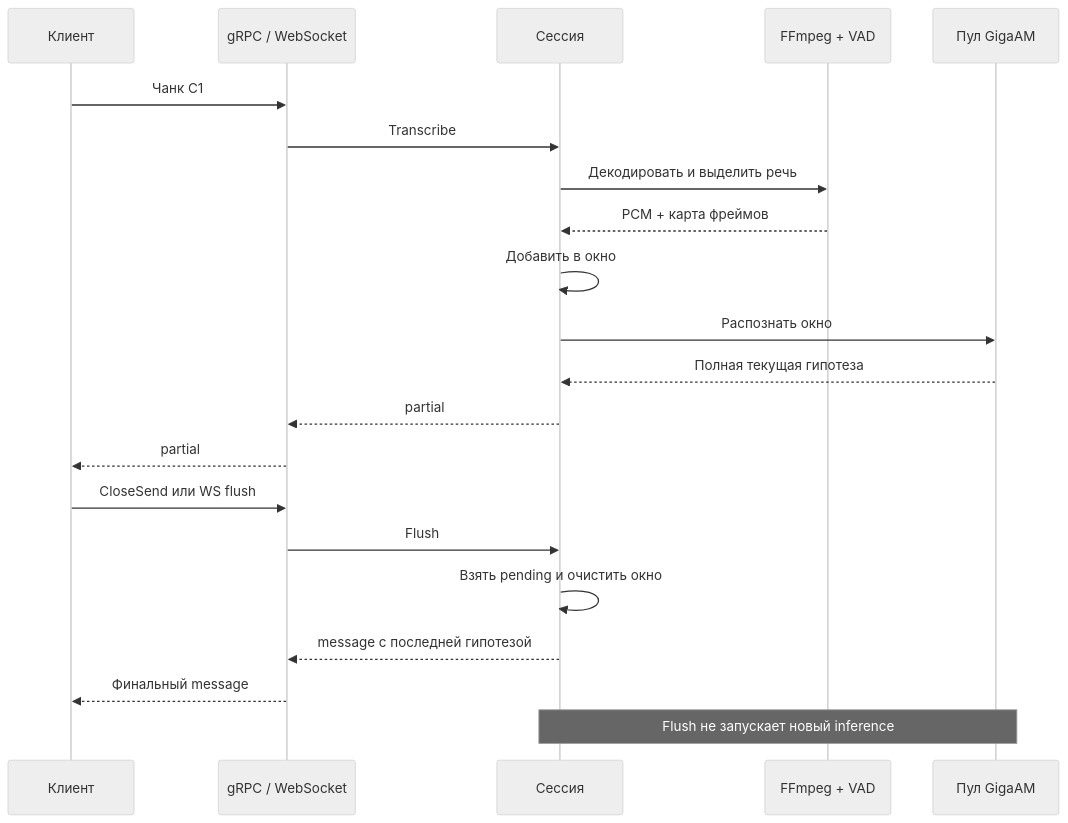
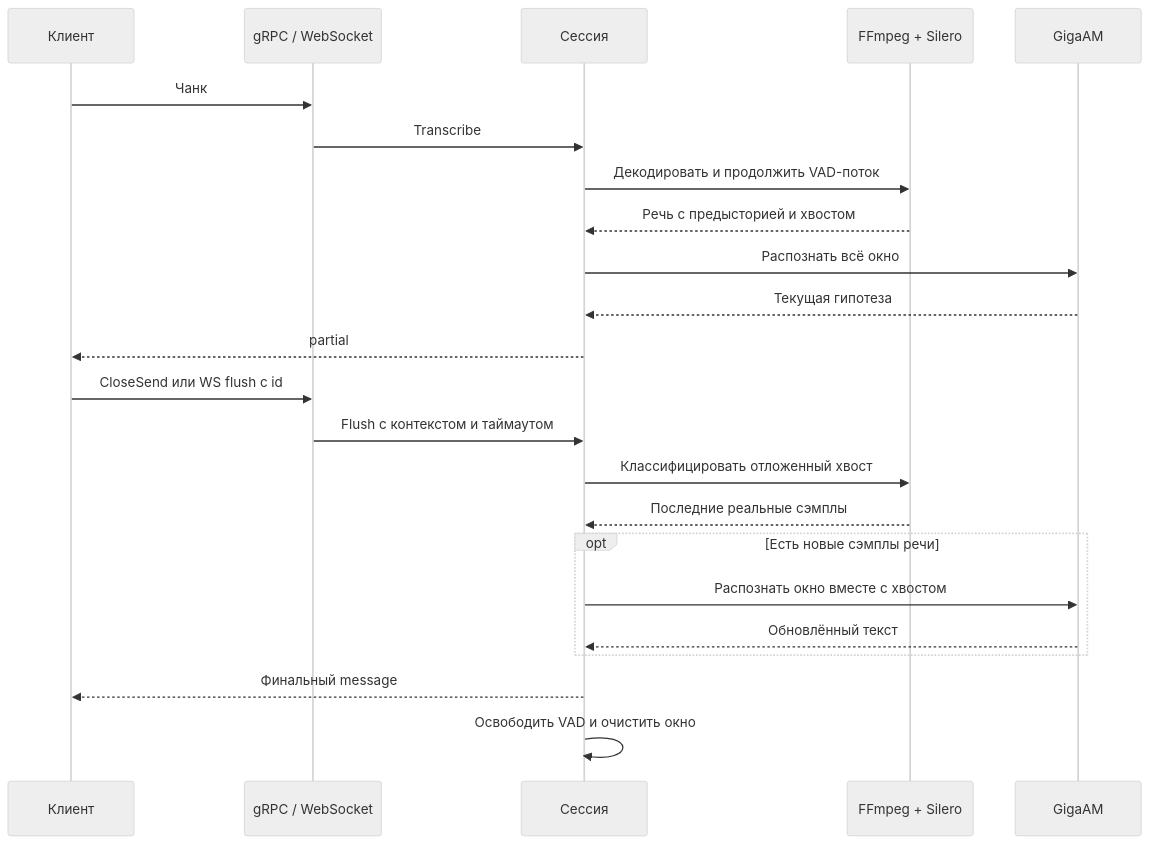
Before and after one commit to Pheodaron/stt: the seventh of 7 diagrams in docs/audio-pipeline.md, drawn with Mermaid (neutral theme). The commit also changed other lines of this file and 24 other files, not shown here.

Commit message:
Replace WebRTC with stateful Silero VAD and preserve phrase boundaries

````diff
--- a/docs/audio-pipeline.md
+++ b/docs/audio-pipeline.md
@@ -331,23 +341,25 @@
 ```mermaid
 sequenceDiagram
     participant C as Клиент
     participant T as gRPC / WebSocket
     participant S as Сессия
-    participant F as FFmpeg + VAD
-    participant M as Пул GigaAM
-    C->>T: Чанк C1
+    participant V as FFmpeg + Silero
+    participant M as GigaAM
+    C->>T: Чанк
     T->>S: Transcribe
-    S->>F: Декодировать и выделить речь
-    F-->>S: PCM + карта фреймов
-    S->>S: Добавить в окно
-    S->>M: Распознать окно
-    M-->>S: Полная текущая гипотеза
-    S-->>T: partial
-    T-->>C: partial
-    C->>T: CloseSend или WS flush
-    T->>S: Flush
-    S->>S: Взять pending и очистить окно
-    S-->>T: message с последней гипотезой
-    T-->>C: Финальный message
-    Note over S,M: Flush не запускает новый inference
+    S->>V: Декодировать и продолжить VAD-поток
+    V-->>S: Речь с предысторией и хвостом
+    S->>M: Распознать всё окно
+    M-->>S: Текущая гипотеза
+    S-->>C: partial
+    C->>T: CloseSend или WS flush с id
+    T->>S: Flush с контекстом и таймаутом
+    S->>V: Классифицировать отложенный хвост
+    V-->>S: Последние реальные сэмплы
+    opt Есть новые сэмплы речи
+        S->>M: Распознать окно вместе с хвостом
+        M-->>S: Обновлённый текст
+    end
+    S-->>C: Финальный message
+    S->>S: Освободить VAD и очистить окно
 ```
````
